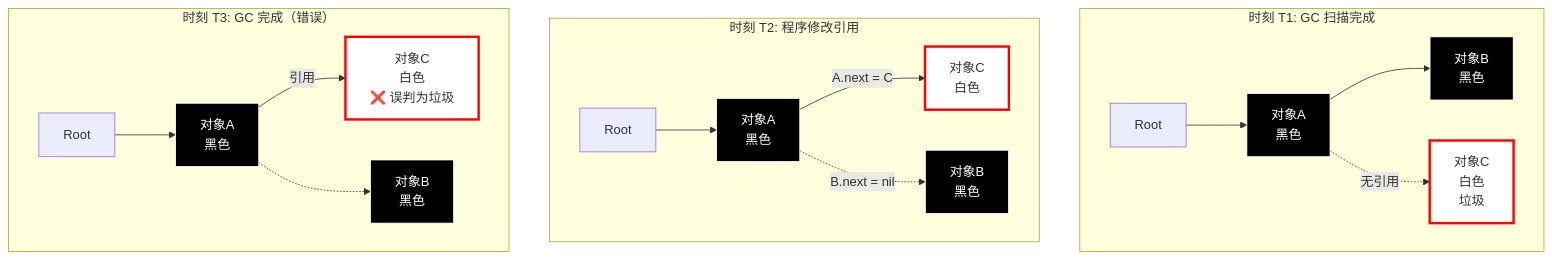
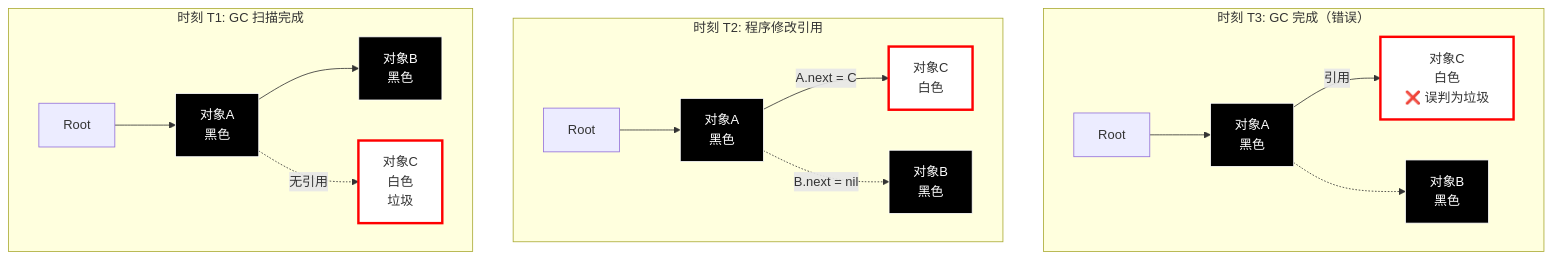
Diagram 12 of 39 in _posts/golang/垃圾回收器.md (djaigoo/blog), drawn with Mermaid before and after one commit. The commit also changed other lines of this file and 6 other files, not shown here.

````diff
--- a/_posts/golang/垃圾回收器.md
+++ b/_posts/golang/垃圾回收器.md
@@ -248,32 +483,30 @@
 ```mermaid
 graph TD
+    subgraph "时刻 T3: GC 完成（错误）"
+        R3[Root] --> A3[对象A<br/>黑色]
+        A3 -->|引用| C3[对象C<br/>白色<br/>❌ 误判为垃圾]
+        A3 -.-> B3[对象B<br/>黑色]
+        
+        style A3 fill:#000000,stroke:#ffffff,color:#ffffff
+        style B3 fill:#000000,stroke:#ffffff,color:#ffffff
+        style C3 fill:#ffffff,stroke:#ff0000,stroke-width:3px
+    end
+    subgraph "时刻 T2: 程序修改引用"
+        R2[Root] --> A2[对象A<br/>黑色]
+        A2 -->|A.next = C| C2[对象C<br/>白色]
+        A2 -.->|B.next = nil| B2[对象B<br/>黑色]
+        
+        style A2 fill:#000000,stroke:#ffffff,color:#ffffff
+        style B2 fill:#000000,stroke:#ffffff,color:#ffffff
+        style C2 fill:#ffffff,stroke:#ff0000,stroke-width:3px
+    end
     subgraph "时刻 T1: GC 扫描完成"
         R1[Root] --> A1[对象A<br/>黑色]
         A1 --> B1[对象B<br/>黑色]
         A1 -.->|无引用| C1[对象C<br/>白色<br/>垃圾]
         
         style A1 fill:#000000,stroke:#ffffff,color:#ffffff
         style B1 fill:#000000,stroke:#ffffff,color:#ffffff
         style C1 fill:#ffffff,stroke:#ff0000,stroke-width:3px
     end
-    
-    subgraph "时刻 T2: 程序修改引用"
-        R2[Root] --> A2[对象A<br/>黑色]
-        A2 -->|A.next = C| C2[对象C<br/>白色]
-        A2 -.->|B.next = nil| B2[对象B<br/>黑色]
-        
-        style A2 fill:#000000,stroke:#ffffff,color:#ffffff
-        style B2 fill:#000000,stroke:#ffffff,color:#ffffff
-        style C2 fill:#ffffff,stroke:#ff0000,stroke-width:3px
-    end
-    
-    subgraph "时刻 T3: GC 完成（错误）"
-        R3[Root] --> A3[对象A<br/>黑色]
-        A3 -->|引用| C3[对象C<br/>白色<br/>❌ 误判为垃圾]
-        A3 -.-> B3[对象B<br/>黑色]
-        
-        style A3 fill:#000000,stroke:#ffffff,color:#ffffff
-        style B3 fill:#000000,stroke:#ffffff,color:#ffffff
-        style C3 fill:#ffffff,stroke:#ff0000,stroke-width:3px
-    end
 ```
````
